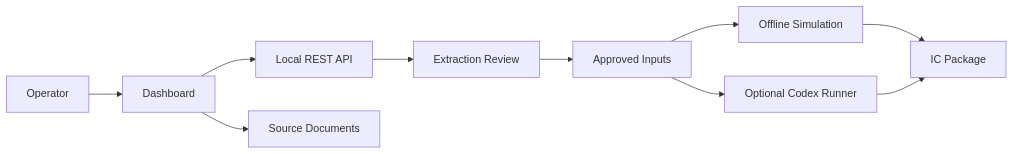
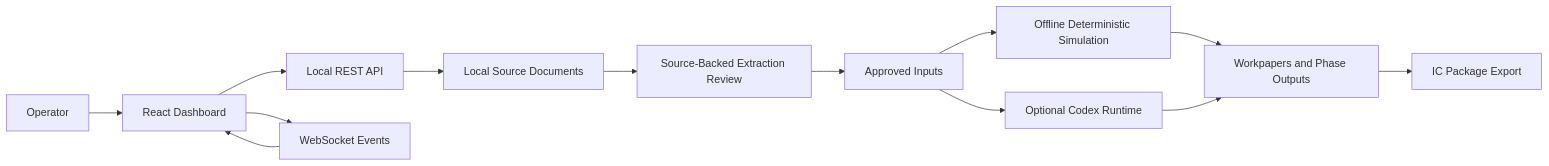
Before and after one commit to ahacker-1/cre-acquisition-orchestrator: the second of 2 diagrams in README.md, drawn with Mermaid. The commit also changed other lines of this file and 10 other files, not shown here.

````diff
--- a/README.md
+++ b/README.md
@@ -112,12 +194,15 @@
 ```mermaid
 flowchart LR
-    U[Operator] --> UI[Dashboard]
+    U[Operator] --> UI[React Dashboard]
     UI --> API[Local REST API]
-    UI --> DOCS[Source Documents]
-    API --> REVIEW[Extraction Review]
+    UI --> WS[WebSocket Events]
+    API --> DOCS[Local Source Documents]
+    DOCS --> REVIEW[Source-Backed Extraction Review]
     REVIEW --> APPROVED[Approved Inputs]
-    APPROVED --> SIM[Offline Simulation]
-    APPROVED --> CODEX[Optional Codex Runner]
-    SIM --> PACKAGE[IC Package]
-    CODEX --> PACKAGE
+    APPROVED --> SIM[Offline Deterministic Simulation]
+    APPROVED --> CODEX[Optional Codex Runtime]
+    SIM --> WORKPAPERS[Workpapers and Phase Outputs]
+    CODEX --> WORKPAPERS
+    WORKPAPERS --> PACKAGE[IC Package Export]
+    WS --> UI
 ```
````
